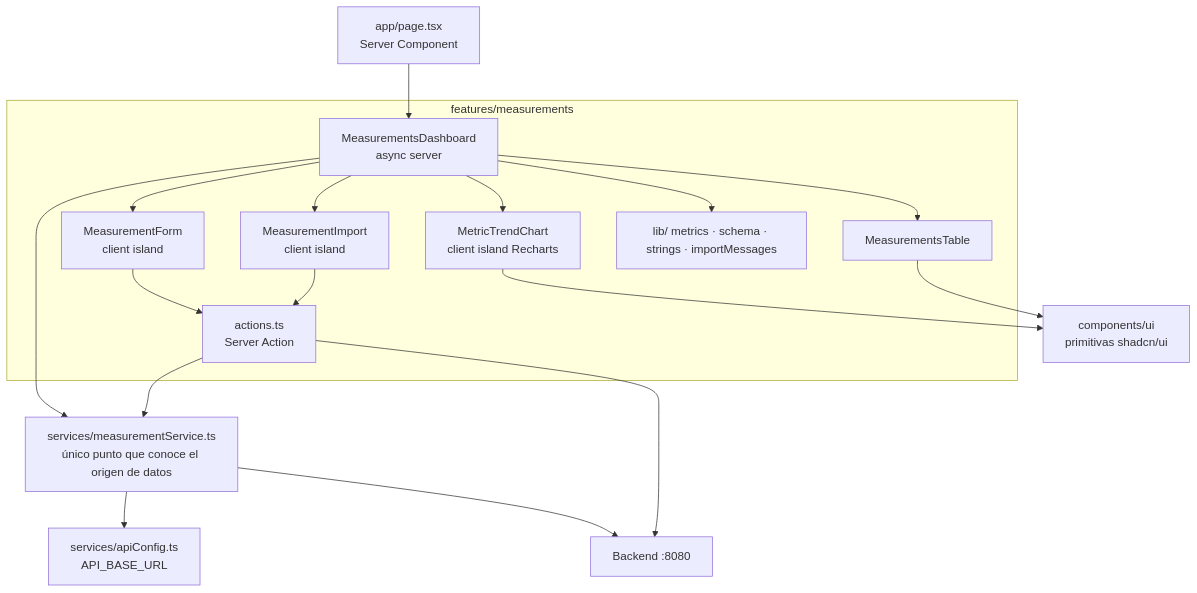
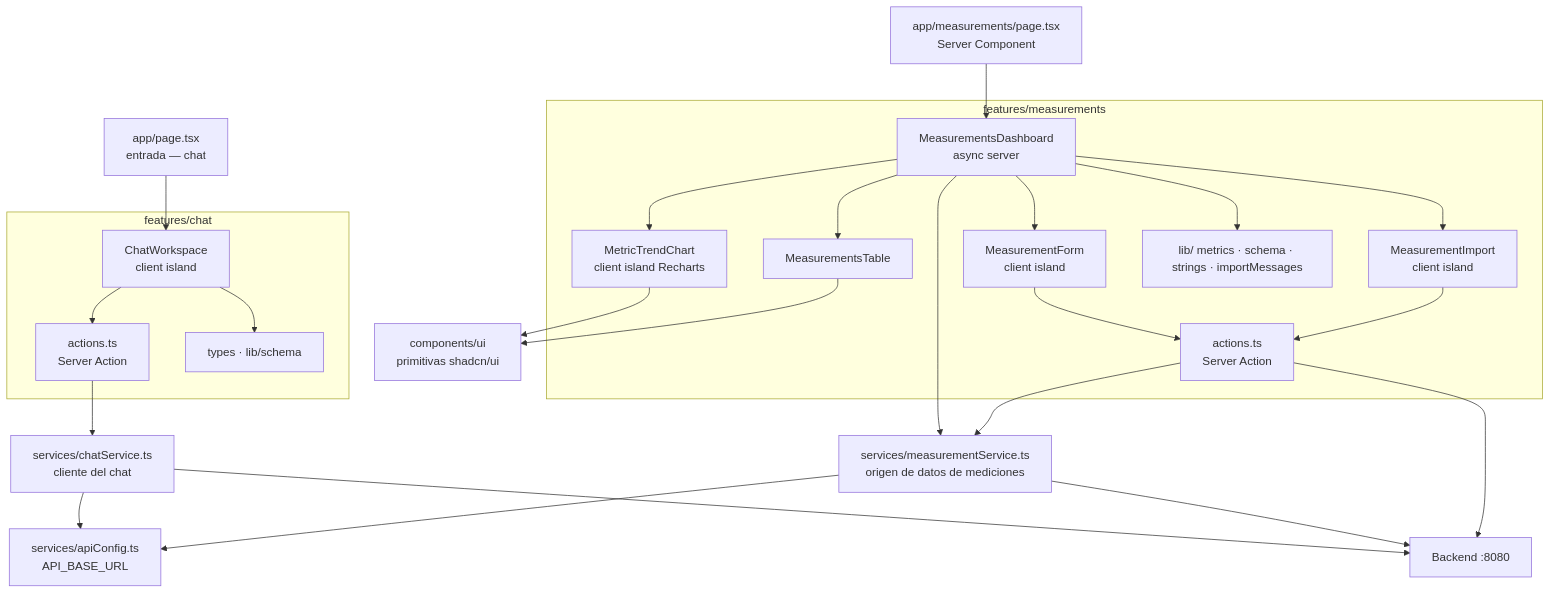
The fourth of 4 diagrams in docs/architecture.md (devmauriciopineda/careme), drawn with Mermaid before and after one commit. The commit also changed other lines of this file and 6 other files, not shown here.

````diff
--- a/docs/architecture.md
+++ b/docs/architecture.md
@@ -179,32 +219,45 @@
 ```mermaid
 flowchart TB
-    page["app/page.tsx<br/>Server Component"]
+    page["app/page.tsx<br/>entrada — chat"]
+    mpage["app/measurements/page.tsx<br/>Server Component"]
     subgraph feat["features/measurements"]
         dash["MeasurementsDashboard<br/>async server"]
         chart["MetricTrendChart<br/>client island Recharts"]
         table["MeasurementsTable"]
         form["MeasurementForm<br/>client island"]
         impc["MeasurementImport<br/>client island"]
         action["actions.ts<br/>Server Action"]
         lib["lib/ metrics · schema · strings · importMessages"]
     end
-    svc["services/measurementService.ts<br/>único punto que conoce el origen de datos"]
+    subgraph chat["features/chat"]
+        workspace["ChatWorkspace<br/>client island"]
+        caction["actions.ts<br/>Server Action"]
+        ctypes["types · lib/schema"]
+    end
+    svc["services/measurementService.ts<br/>origen de datos de mediciones"]
+    csvc["services/chatService.ts<br/>cliente del chat"]
     cfg["services/apiConfig.ts<br/>API_BASE_URL"]
     ui["components/ui<br/>primitivas shadcn/ui"]
     be["Backend :8080"]
-    page --> dash
+    page --> workspace
+    workspace --> caction
+    workspace --> ctypes
+    caction --> csvc
+    csvc --> cfg
+    csvc --> be
+    mpage --> dash
     dash --> chart
     dash --> table
     dash --> form
     dash --> impc
     dash --> svc
     dash --> lib
     form --> action
     impc --> action
     action --> svc
     svc --> cfg
     svc --> be
     action --> be
     chart --> ui
     table --> ui
 ```
````
